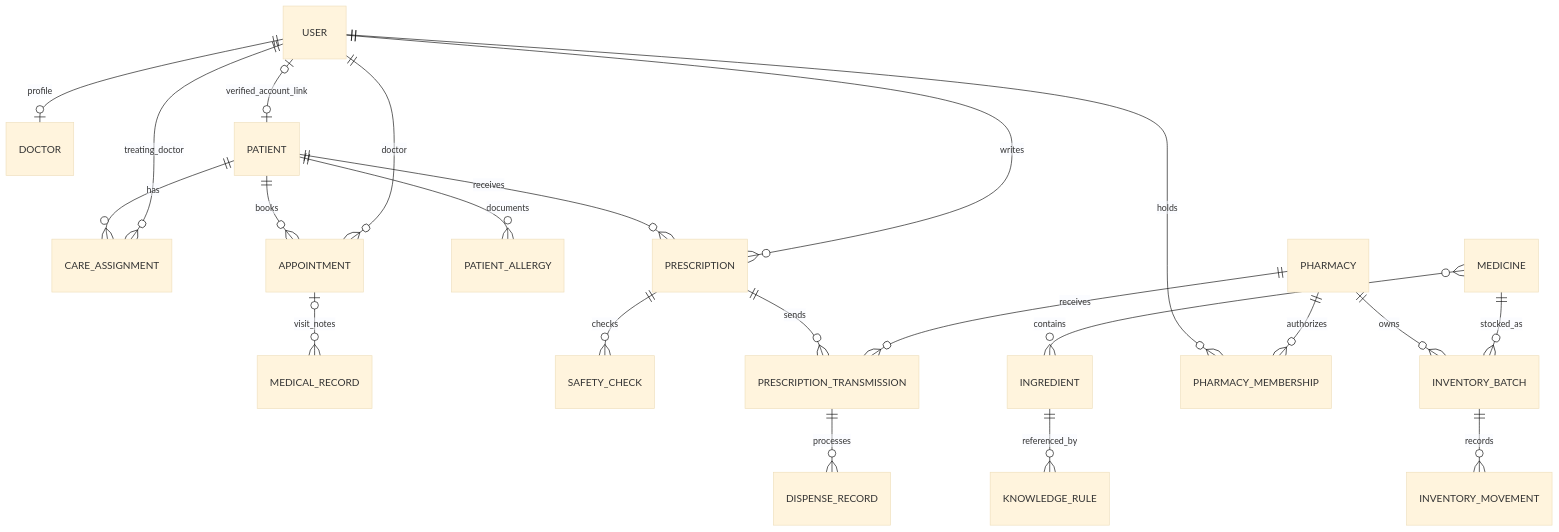
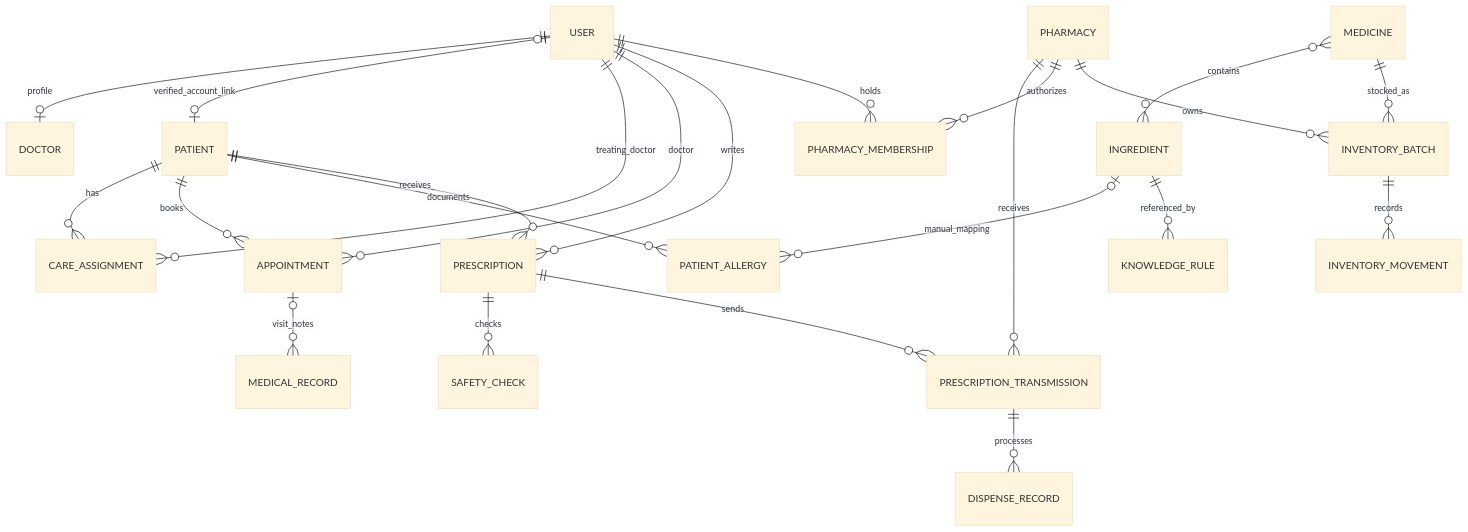
The second of 3 diagrams in docs/BACKEND_PLAN.md (hayatullah-zaland/hospital-digital-prescription-system), drawn with Mermaid (base theme) before and after one commit. The commit also changed other lines of this file and 7 other files, not shown here.

````diff
--- a/docs/BACKEND_PLAN.md
+++ b/docs/BACKEND_PLAN.md
@@ -108,24 +108,25 @@
 ```mermaid
 erDiagram
     USER ||--o| DOCTOR : profile
     USER o|--o| PATIENT : verified_account_link
     PATIENT ||--o{ CARE_ASSIGNMENT : has
     USER ||--o{ CARE_ASSIGNMENT : treating_doctor
     PATIENT ||--o{ APPOINTMENT : books
     USER ||--o{ APPOINTMENT : doctor
     APPOINTMENT o|--o{ MEDICAL_RECORD : visit_notes
     PATIENT ||--o{ PATIENT_ALLERGY : documents
     PATIENT ||--o{ PRESCRIPTION : receives
     USER ||--o{ PRESCRIPTION : writes
     PRESCRIPTION ||--o{ SAFETY_CHECK : checks
     MEDICINE }o--o{ INGREDIENT : contains
+    INGREDIENT o|--o{ PATIENT_ALLERGY : manual_mapping
     INGREDIENT ||--o{ KNOWLEDGE_RULE : referenced_by
     PRESCRIPTION ||--o{ PRESCRIPTION_TRANSMISSION : sends
     PHARMACY ||--o{ PRESCRIPTION_TRANSMISSION : receives
     USER ||--o{ PHARMACY_MEMBERSHIP : holds
     PHARMACY ||--o{ PHARMACY_MEMBERSHIP : authorizes
     PRESCRIPTION_TRANSMISSION ||--o{ DISPENSE_RECORD : processes
     PHARMACY ||--o{ INVENTORY_BATCH : owns
     MEDICINE ||--o{ INVENTORY_BATCH : stocked_as
     INVENTORY_BATCH ||--o{ INVENTORY_MOVEMENT : records
 ```
````
